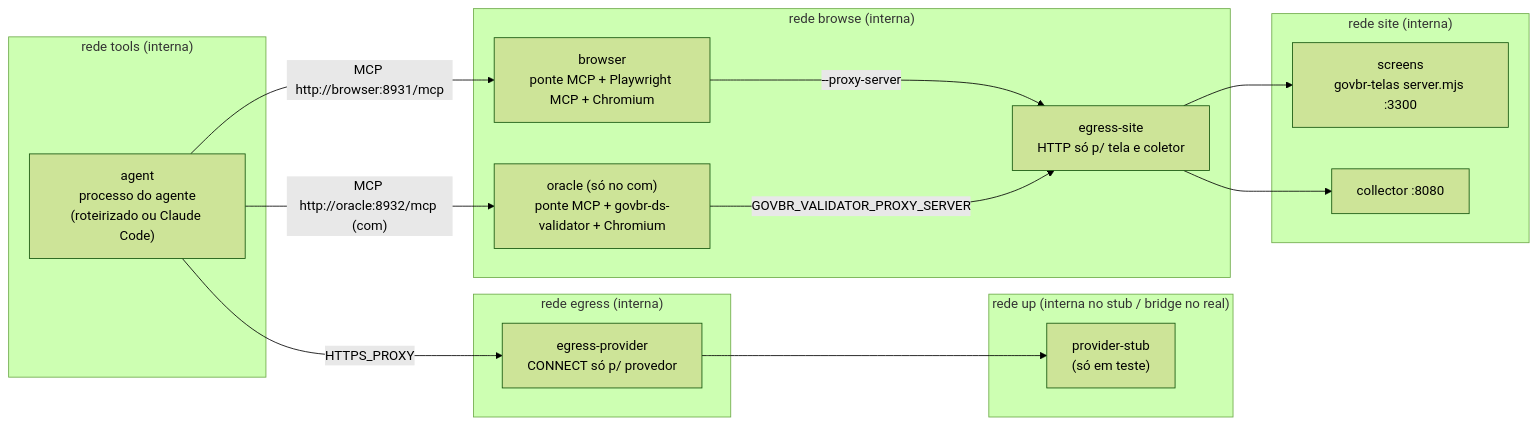
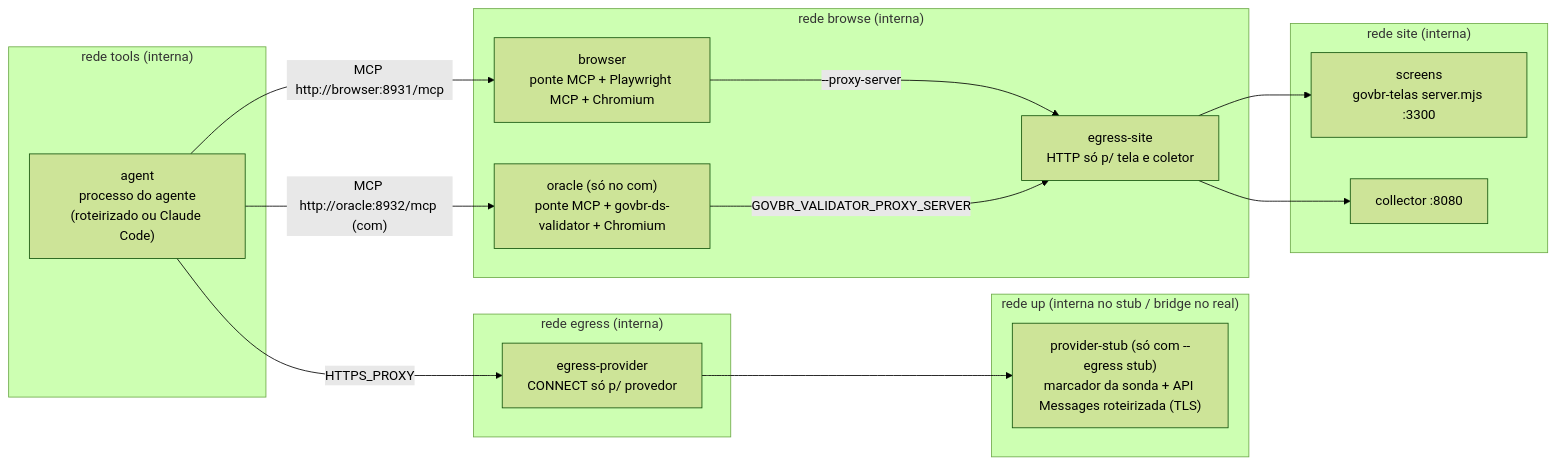
One commit to nathlia/govbr-eval changed the diagram in docs/runner-isolado.md. Above: the diagram before and after it, drawn with Mermaid (forest theme). The commit also changed other lines of this file and 8 other files, not shown here.

````diff
--- a/docs/runner-isolado.md
+++ b/docs/runner-isolado.md
@@ -20,28 +24,28 @@
 ```mermaid
 flowchart LR
   subgraph tools["rede tools (interna)"]
     A["agent<br/>processo do agente<br/>(roteirizado ou Claude Code)"]
   end
   subgraph egress["rede egress (interna)"]
     EP["egress-provider<br/>CONNECT só p/ provedor"]
   end
   subgraph up["rede up (interna no stub / bridge no real)"]
-    ST["provider-stub<br/>(só em teste)"]
+    ST["provider-stub (só com --egress stub)<br/>marcador da sonda + API Messages roteirizada (TLS)"]
   end
   subgraph browse["rede browse (interna)"]
     B["browser<br/>ponte MCP + Playwright MCP + Chromium"]
     O["oracle (só no com)<br/>ponte MCP + govbr-ds-validator + Chromium"]
     ES["egress-site<br/>HTTP só p/ tela e coletor"]
   end
   subgraph site["rede site (interna)"]
     S["screens<br/>govbr-telas server.mjs :3300"]
     C["collector :8080"]
   end
   A -- "MCP http://browser:8931/mcp" --> B
   A -- "MCP http://oracle:8932/mcp (com)" --> O
   A -- "HTTPS_PROXY" --> EP --> ST
   B -- "--proxy-server" --> ES
   O -- "GOVBR_VALIDATOR_PROXY_SERVER" --> ES
   ES --> S
   ES --> C
 ```
````
